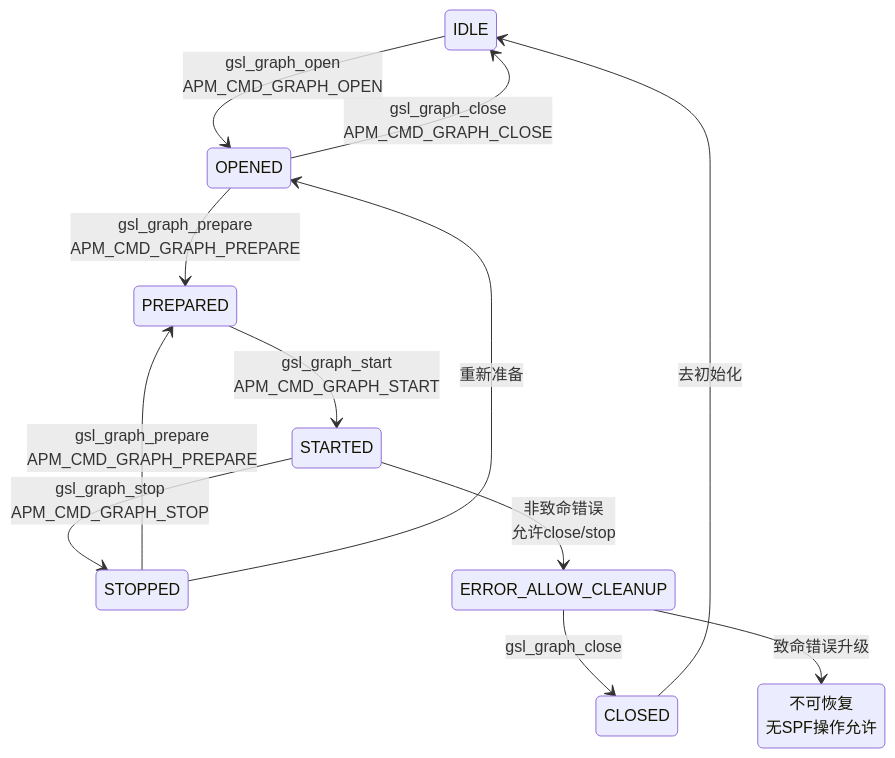
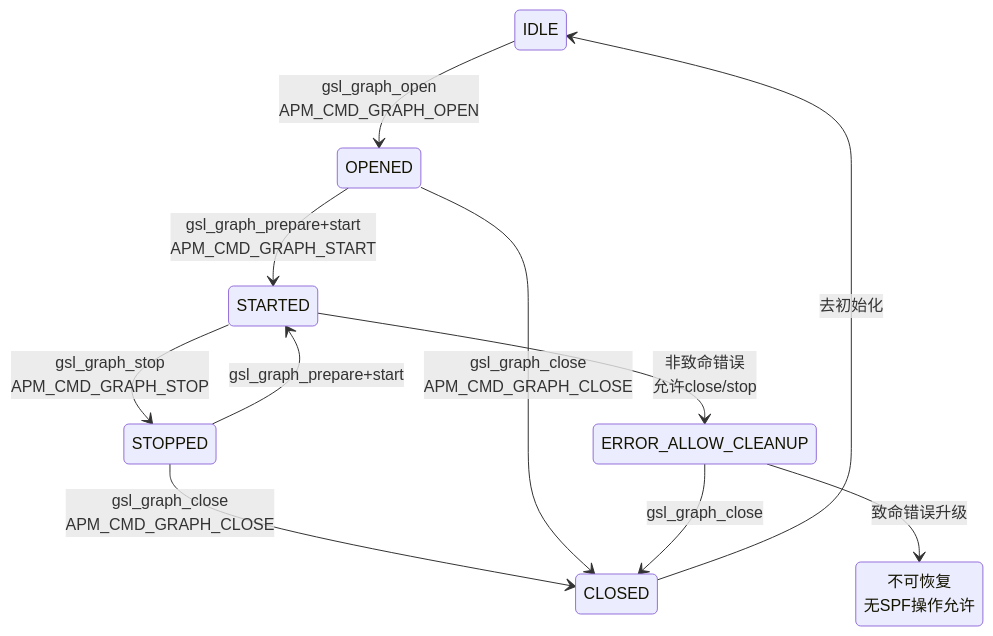
One commit to yanglinzhen1022/SA8295_AAOS_QNX_Audio_KnowledgeBase changed the second of 6 diagrams in 16_Vendor_QNX_Architecture/16_16.14_GSLGraph_Service_Layer内部架.md. Above: the diagram before and after it, drawn with Mermaid. The commit also changed other lines of this file and 48 other files, not shown here.

````diff
--- a/16_Vendor_QNX_Architecture/16_16.14_GSLGraph_Service_Layer内部架.md
+++ b/16_Vendor_QNX_Architecture/16_16.14_GSLGraph_Service_Layer内部架.md
@@ -52,15 +56,14 @@
 ```mermaid
 stateDiagram-v2
     IDLE --> OPENED : gsl_graph_open<br/>APM_CMD_GRAPH_OPEN
-    OPENED --> PREPARED : gsl_graph_prepare<br/>APM_CMD_GRAPH_PREPARE
-    PREPARED --> STARTED : gsl_graph_start<br/>APM_CMD_GRAPH_START
+    OPENED --> STARTED : gsl_graph_prepare+start<br/>APM_CMD_GRAPH_START
     STARTED --> STOPPED : gsl_graph_stop<br/>APM_CMD_GRAPH_STOP
-    STOPPED --> PREPARED : gsl_graph_prepare<br/>APM_CMD_GRAPH_PREPARE
-    STOPPED --> OPENED : 重新准备
-    OPENED --> IDLE : gsl_graph_close<br/>APM_CMD_GRAPH_CLOSE
+    STOPPED --> STARTED : gsl_graph_prepare+start
+    STOPPED --> CLOSED : gsl_graph_close<br/>APM_CMD_GRAPH_CLOSE
+    OPENED --> CLOSED : gsl_graph_close<br/>APM_CMD_GRAPH_CLOSE
+    CLOSED --> IDLE : 去初始化
     STARTED --> ERROR_ALLOW_CLEANUP : 非致命错误<br/>允许close/stop
     ERROR_ALLOW_CLEANUP --> CLOSED : gsl_graph_close
-    CLOSED --> IDLE : 去初始化
     ERROR_ALLOW_CLEANUP --> ERROR : 致命错误升级
     ERROR : 不可恢复<br/>无SPF操作允许
 ```
````
